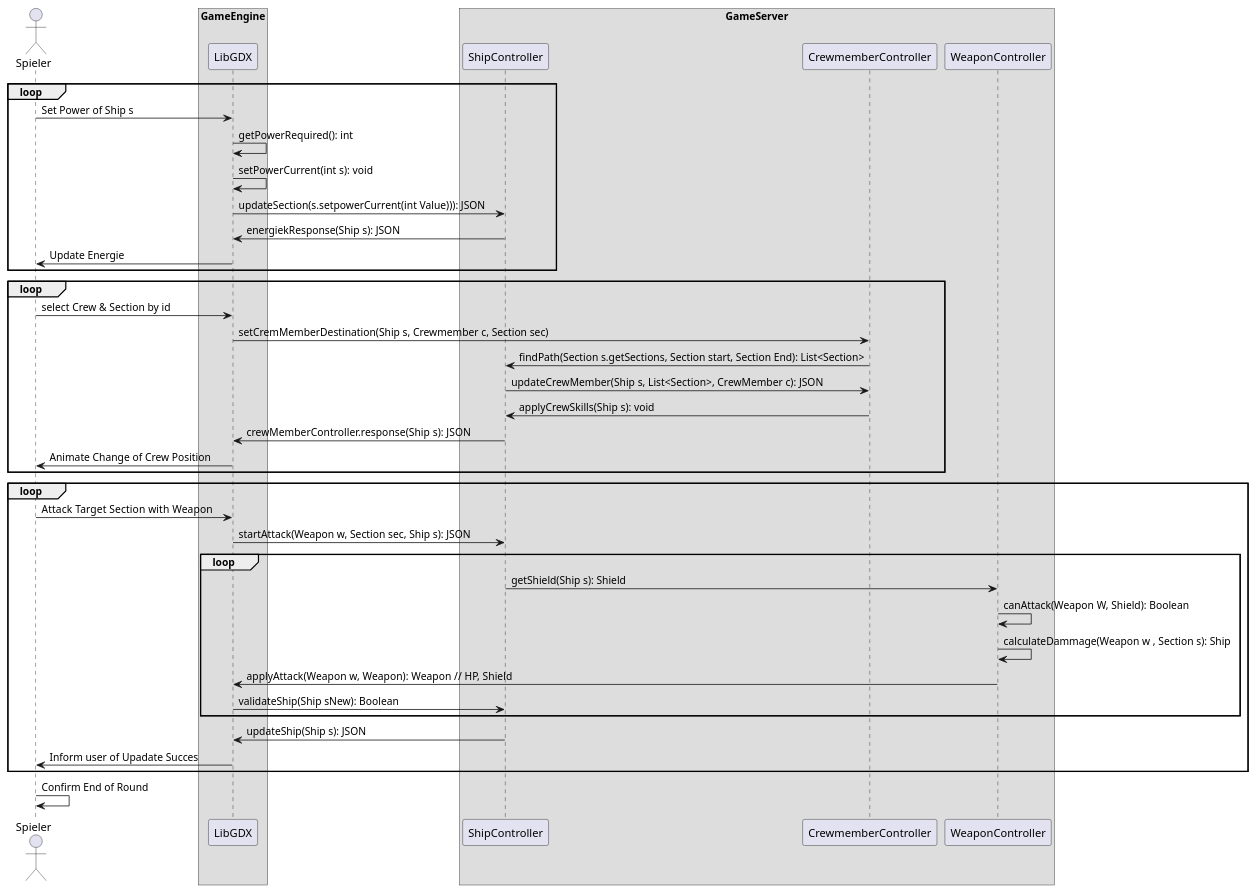
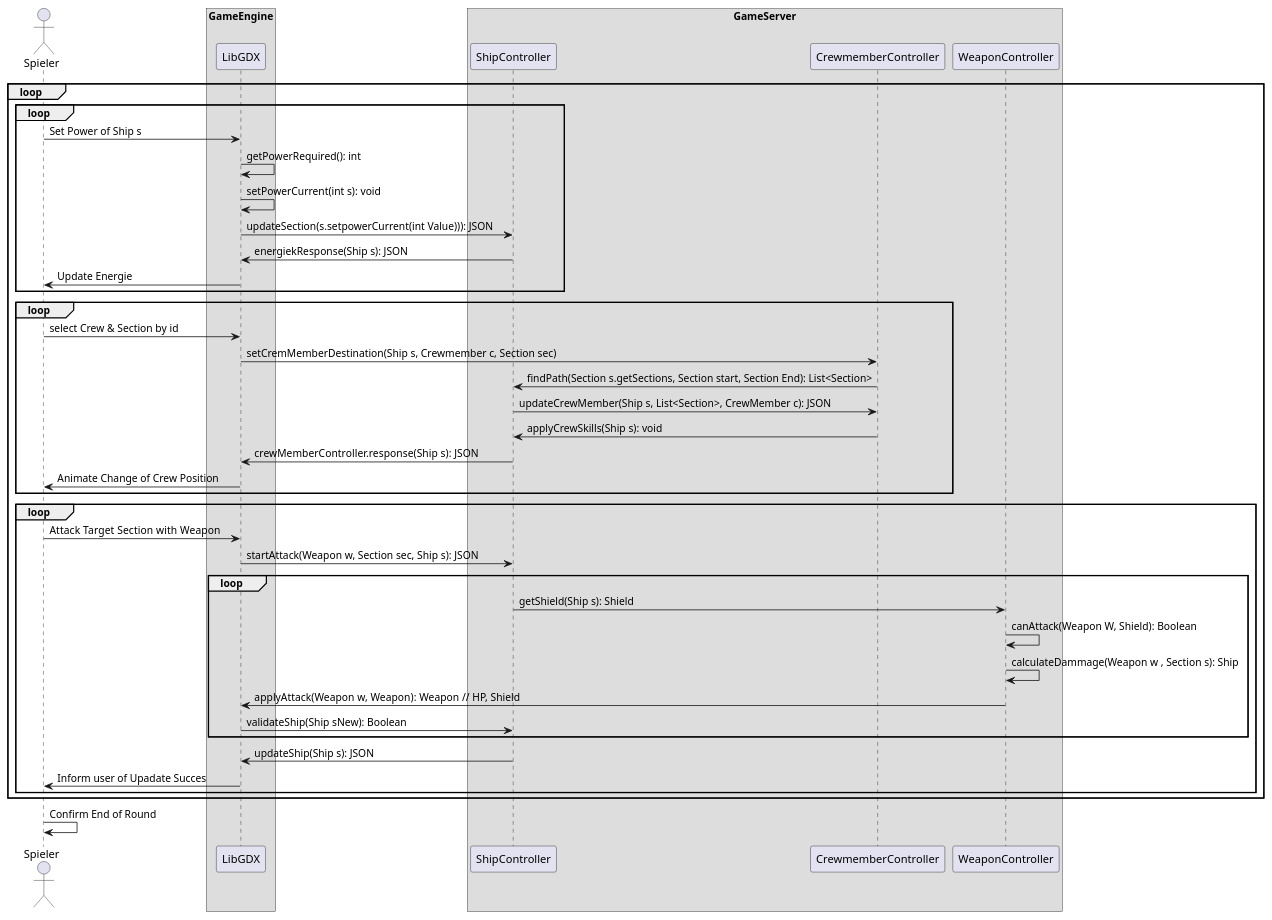
One commit to ksreyr/SpaceStudio changed the first of 3 diagrams in docs/SVGs_org_files/seq.org. Above: the diagram before and after it, drawn with PlantUML. The commit also changed 6 other files, not shown here.

```diff
--- a/docs/SVGs_org_files/seq.org
+++ b/docs/SVGs_org_files/seq.org
@@ -4,57 +4,58 @@
 #+BEGIN_SRC plantuml :file kampf.png
 actor Spieler as user
 participant LibGDX as client
 participant ShipController as ship
 participant CrewmemberController as crew
 participant WeaponController as weapon
 
 box "GameEngine"
   participant client
 end box
 
 box "GameServer"
   participant ship
   participant crew
   participant weapon
 end box
 
+loop
+   loop
+   user -> client: Set Power of Ship s
+   client -> client: getPowerRequired(): int
+   client -> client: setPowerCurrent(int s): void
+   client -> ship: updateSection(s.setpowerCurrent(int Value))): JSON
+   ship -> client: energiekResponse(Ship s): JSON
+   client -> user: Update Energie
 
-loop
-user -> client: Set Power of Ship s
-client -> client: getPowerRequired(): int
-client -> client: setPowerCurrent(int s): void
-client -> ship: updateSection(s.setpowerCurrent(int Value))): JSON
-ship -> client: energiekResponse(Ship s): JSON
-client -> user: Update Energie
+   end loop
 
-end loop
+   loop
+        user -> client: select Crew & Section by id
+        client -> crew: setCremMemberDestination(Ship s, Crewmember c, Section sec)
+        crew -> ship: findPath(Section s.getSections, Section start, Section End): List<Section>
+        ship -> crew: updateCrewMember(Ship s, List<Section>, CrewMember c): JSON
+        crew -> ship: applyCrewSkills(Ship s): void
+        ship -> client: crewMemberController.response(Ship s): JSON
+        client -> user: Animate Change of Crew Position
+   end loop
 
-loop
-     user -> client: select Crew & Section by id
-     client -> crew: setCremMemberDestination(Ship s, Crewmember c, Section sec)
-     crew -> ship: findPath(Section s.getSections, Section start, Section End): List<Section>
-     ship -> crew: updateCrewMember(Ship s, List<Section>, CrewMember c): JSON
-     crew -> ship: applyCrewSkills(Ship s): void
-     ship -> client: crewMemberController.response(Ship s): JSON
-     client -> user: Animate Change of Crew Position
-end loop
+   loop
 
-loop
-
-user -> client: Attack Target Section with  Weapon
-client -> ship: startAttack(Weapon w, Section sec, Ship s): JSON
-    loop
-         ship -> weapon: getShield(Ship s): Shield
-         weapon -> weapon: canAttack(Weapon W, Shield): Boolean
-         weapon -> weapon: calculateDammage(Weapon w , Section s): Ship
-         weapon -> client: applyAttack(Weapon w, Weapon): Weapon // HP, Shield
-         client -> ship: validateShip(Ship sNew): Boolean
-    end loop
-    ship -> client: updateShip(Ship s): JSON
-client -> user: Inform user of Upadate Succes
+   user -> client: Attack Target Section with  Weapon
+   client -> ship: startAttack(Weapon w, Section sec, Ship s): JSON
+       loop
+            ship -> weapon: getShield(Ship s): Shield
+            weapon -> weapon: canAttack(Weapon W, Shield): Boolean
+            weapon -> weapon: calculateDammage(Weapon w , Section s): Ship
+            weapon -> client: applyAttack(Weapon w, Weapon): Weapon // HP, Shield
+            client -> ship: validateShip(Ship sNew): Boolean
+       end loop
+       ship -> client: updateShip(Ship s): JSON
+   client -> user: Inform user of Upadate Succes
+   end loop
 end loop
 
 user -> user: Confirm End of Round
 
 
 #+END_SRC
```
